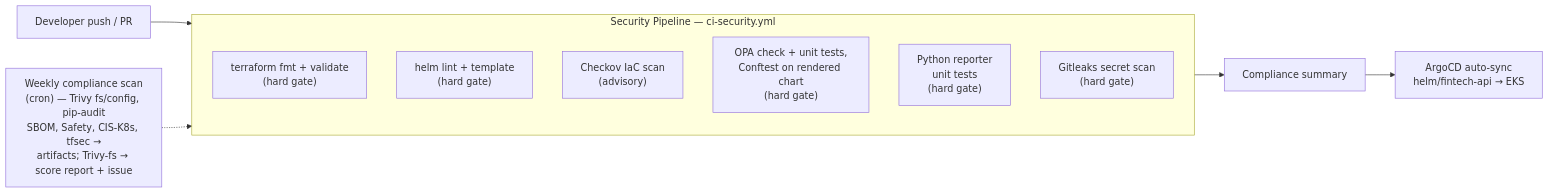
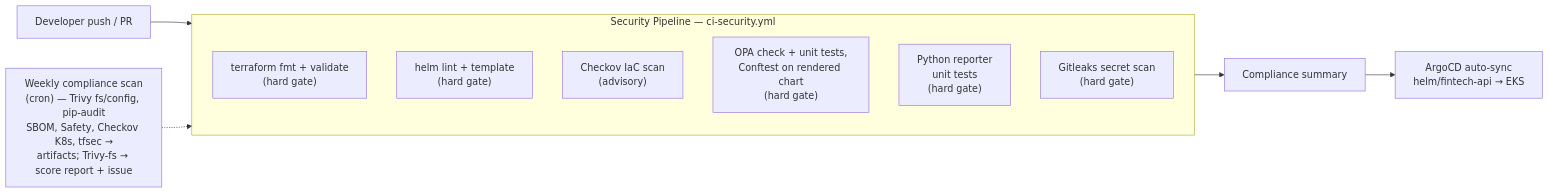
One commit to shaikn6/fintech-devsecops-pipeline changed the second of 2 diagrams in README.md. Above: the diagram before and after it, drawn with Mermaid. The commit also changed other lines of this file, not shown here.

Commit message:
docs: describe the Kubernetes scan as Checkov checks, not the CIS benchmark (#30)

````diff
--- a/README.md
+++ b/README.md
@@ -62,19 +62,19 @@
 ```mermaid
 flowchart LR
     DEV[Developer push / PR] --> CI
 
     subgraph CI["Security Pipeline — ci-security.yml"]
         direction TB
         TF["terraform fmt + validate<br/>(hard gate)"]
         HELM["helm lint + template<br/>(hard gate)"]
         CKV["Checkov IaC scan<br/>(advisory)"]
         OPA["OPA check + unit tests,<br/>Conftest on rendered chart<br/>(hard gate)"]
         PY["Python reporter<br/>unit tests<br/>(hard gate)"]
         GL["Gitleaks secret scan<br/>(hard gate)"]
     end
 
     CI --> SUM[Compliance summary]
     SUM --> ARGOCD["ArgoCD auto-sync<br/>helm/fintech-api → EKS"]
 
-    WEEKLY["Weekly compliance scan<br/>(cron) — Trivy fs/config, pip-audit<br/>SBOM, Safety, CIS-K8s, tfsec →<br/>artifacts; Trivy-fs → score report + issue"] -.-> CI
+    WEEKLY["Weekly compliance scan<br/>(cron) — Trivy fs/config, pip-audit<br/>SBOM, Safety, Checkov K8s, tfsec →<br/>artifacts; Trivy-fs → score report + issue"] -.-> CI
 ```
````
